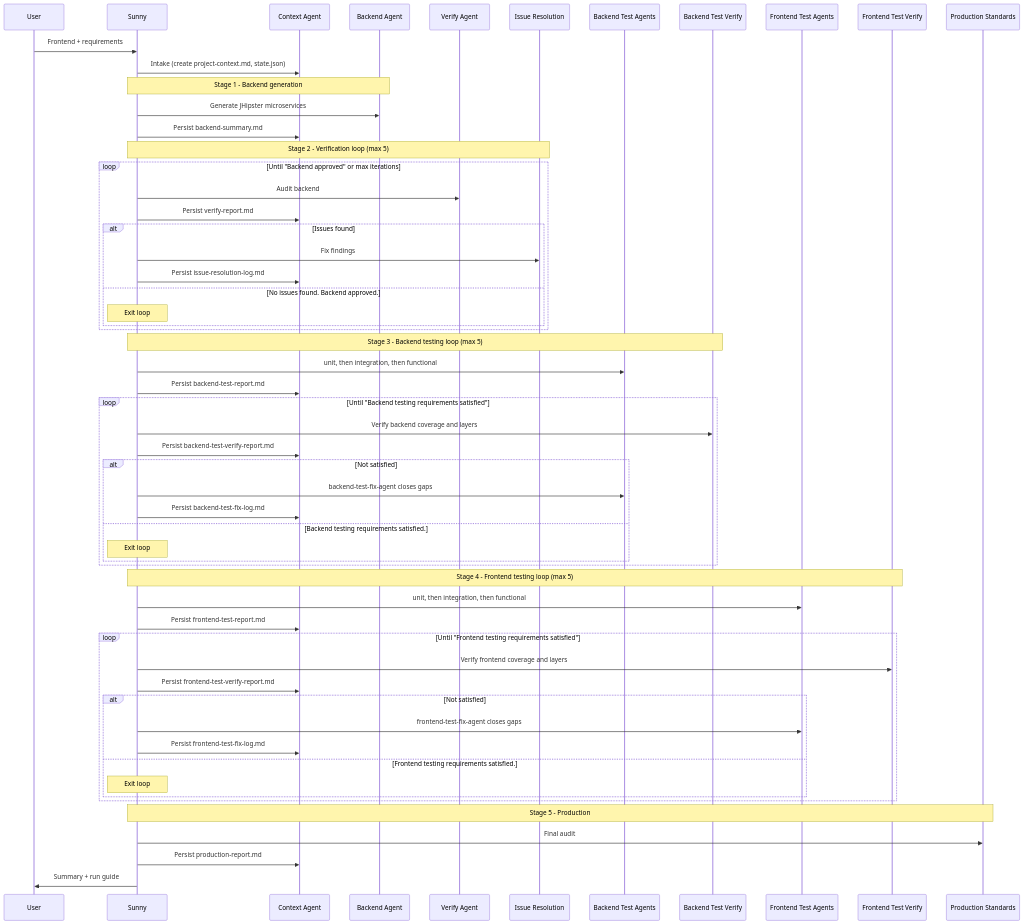
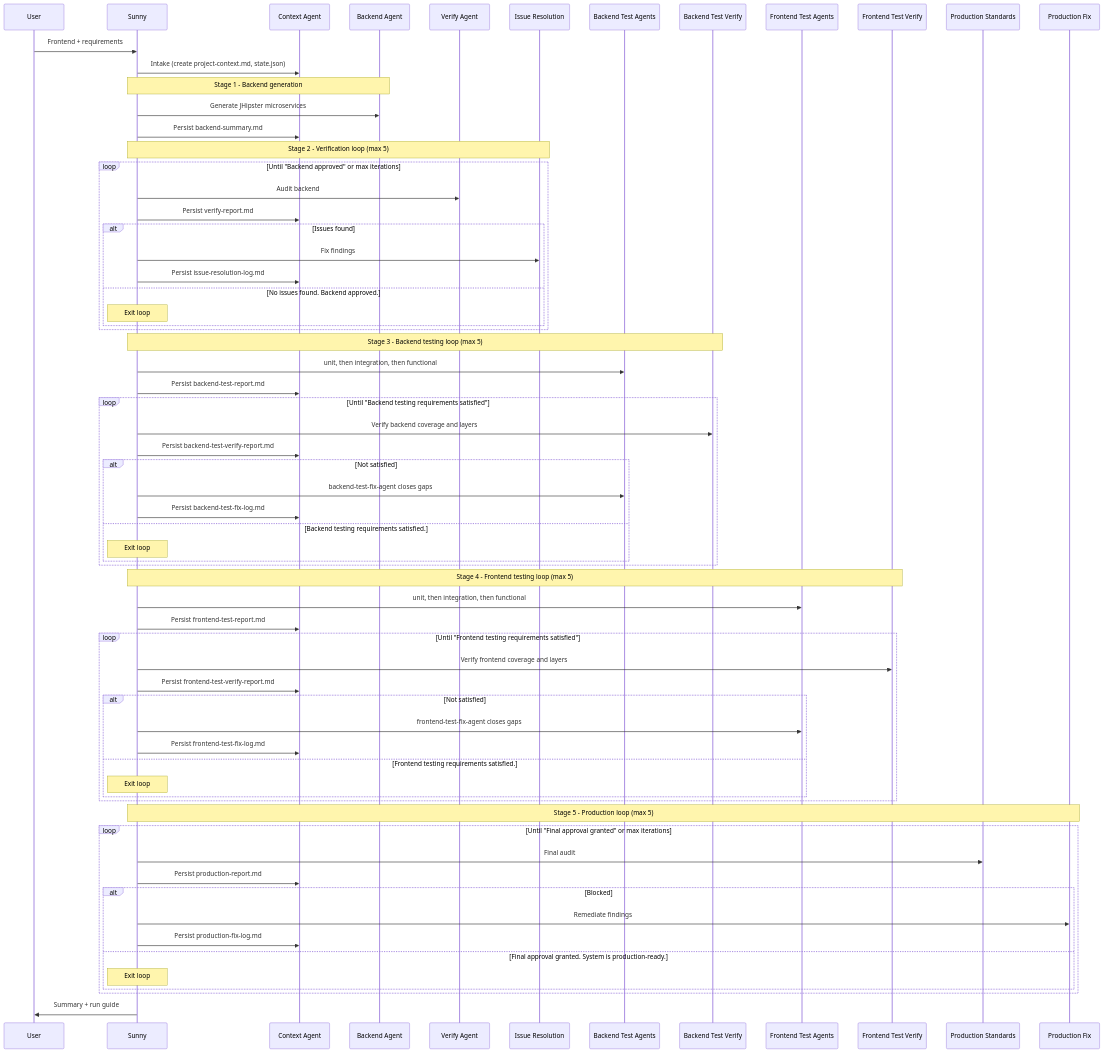
One commit to priyam-qo-box/agents changed the second of 2 diagrams in .cursor/agents/README.md. Above: the diagram before and after it, drawn with Mermaid. The commit also changed other lines of this file and 7 other files, not shown here.

First line of the commit message:
Enhance documentation for production audit and remediation processes

````diff
--- a/.cursor/agents/README.md
+++ b/.cursor/agents/README.md
@@ -110,66 +115,75 @@
 ```mermaid
 sequenceDiagram
     participant U as User
     participant S as Sunny
     participant C as Context Agent
     participant B as Backend Agent
     participant V as Verify Agent
     participant I as Issue Resolution
     participant BT as Backend Test Agents
     participant BTV as Backend Test Verify
     participant FT as Frontend Test Agents
     participant FTV as Frontend Test Verify
     participant P as Production Standards
+    participant PF as Production Fix
 
     U->>S: Frontend + requirements
     S->>C: Intake (create project-context.md, state.json)
 
     Note over S,B: Stage 1 - Backend generation
     S->>B: Generate JHipster microservices
     S->>C: Persist backend-summary.md
 
     Note over S,I: Stage 2 - Verification loop (max 5)
     loop Until "Backend approved" or max iterations
         S->>V: Audit backend
         S->>C: Persist verify-report.md
         alt Issues found
             S->>I: Fix findings
             S->>C: Persist issue-resolution-log.md
         else No issues found. Backend approved.
             Note over S: Exit loop
         end
     end
 
     Note over S,BTV: Stage 3 - Backend testing loop (max 5)
     S->>BT: unit, then integration, then functional
     S->>C: Persist backend-test-report.md
     loop Until "Backend testing requirements satisfied"
         S->>BTV: Verify backend coverage and layers
         S->>C: Persist backend-test-verify-report.md
         alt Not satisfied
             S->>BT: backend-test-fix-agent closes gaps
             S->>C: Persist backend-test-fix-log.md
         else Backend testing requirements satisfied.
             Note over S: Exit loop
         end
     end
 
     Note over S,FTV: Stage 4 - Frontend testing loop (max 5)
     S->>FT: unit, then integration, then functional
     S->>C: Persist frontend-test-report.md
     loop Until "Frontend testing requirements satisfied"
         S->>FTV: Verify frontend coverage and layers
         S->>C: Persist frontend-test-verify-report.md
         alt Not satisfied
             S->>FT: frontend-test-fix-agent closes gaps
             S->>C: Persist frontend-test-fix-log.md
         else Frontend testing requirements satisfied.
             Note over S: Exit loop
         end
     end
 
-    Note over S,P: Stage 5 - Production
-    S->>P: Final audit
-    S->>C: Persist production-report.md
+    Note over S,PF: Stage 5 - Production loop (max 5)
+    loop Until "Final approval granted" or max iterations
+        S->>P: Final audit
+        S->>C: Persist production-report.md
+        alt Blocked
+            S->>PF: Remediate findings
+            S->>C: Persist production-fix-log.md
+        else Final approval granted. System is production-ready.
+            Note over S: Exit loop
+        end
+    end
     S->>U: Summary + run guide
 ```
````
